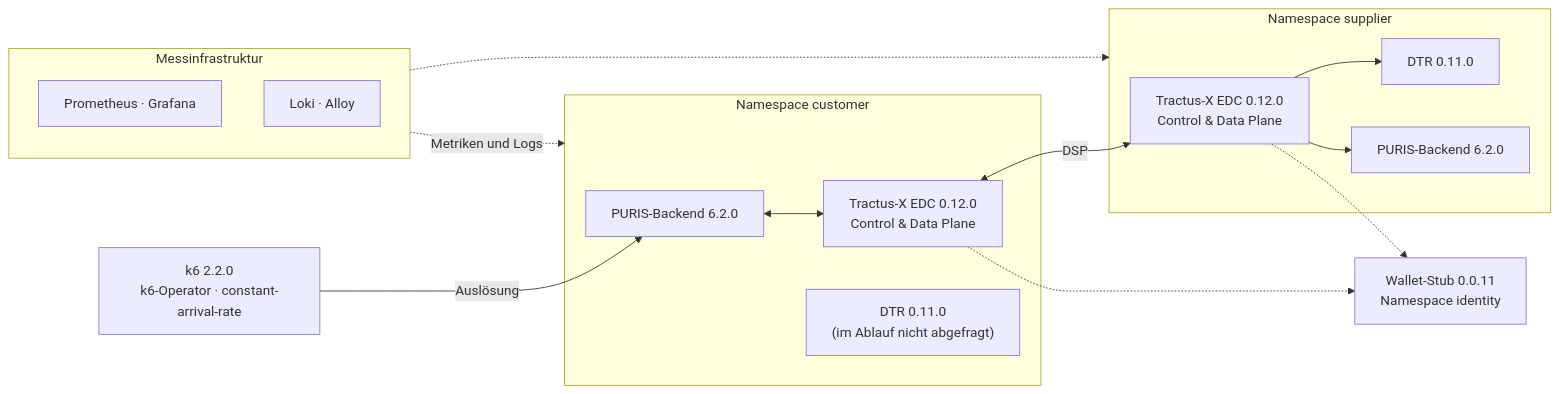
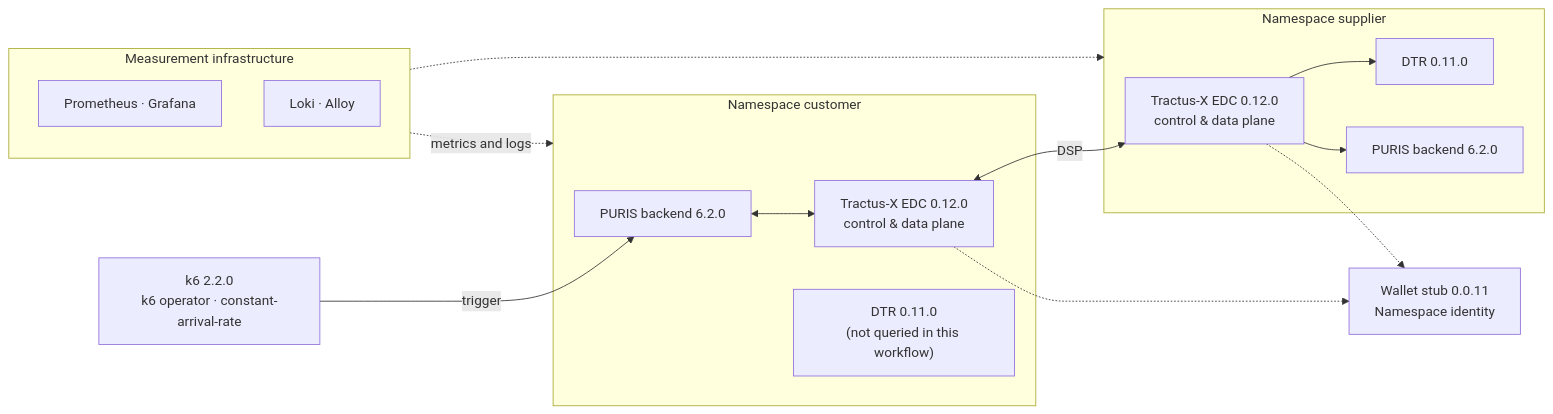
Before and after one commit to artamrj/puris-performance-experiments: the second of 2 diagrams in README.md, drawn with Mermaid. The commit also changed other lines of this file and 1 other file, not shown here.

````diff
--- a/README.md
+++ b/README.md
@@ -101,33 +104,33 @@
 ```mermaid
 flowchart LR
-    K6["k6 2.2.0<br/>k6-Operator · constant-arrival-rate"]
+    K6["k6 2.2.0<br/>k6 operator · constant-arrival-rate"]
 
     subgraph C["Namespace customer"]
-        PC["PURIS-Backend 6.2.0"]
-        EC["Tractus-X EDC 0.12.0<br/>Control & Data Plane"]
-        DC["DTR 0.11.0<br/>(im Ablauf nicht abgefragt)"]
+        PC["PURIS backend 6.2.0"]
+        EC["Tractus-X EDC 0.12.0<br/>control & data plane"]
+        DC["DTR 0.11.0<br/>(not queried in this workflow)"]
     end
 
     subgraph S["Namespace supplier"]
-        ES["Tractus-X EDC 0.12.0<br/>Control & Data Plane"]
+        ES["Tractus-X EDC 0.12.0<br/>control & data plane"]
         DS["DTR 0.11.0"]
-        PS["PURIS-Backend 6.2.0"]
+        PS["PURIS backend 6.2.0"]
     end
 
-    W["Wallet-Stub 0.0.11<br/>Namespace identity"]
+    W["Wallet stub 0.0.11<br/>Namespace identity"]
 
-    subgraph O["Messinfrastruktur"]
+    subgraph O["Measurement infrastructure"]
         PR["Prometheus · Grafana"]
         LK["Loki · Alloy"]
     end
 
-    K6 -->|Auslösung| PC
+    K6 -->|trigger| PC
     PC <--> EC
     EC <-->|DSP| ES
     ES --> DS
     ES --> PS
     EC -.-> W
     ES -.-> W
-    O -.->|Metriken und Logs| C
+    O -.->|metrics and logs| C
     O -.-> S
 ```
````
